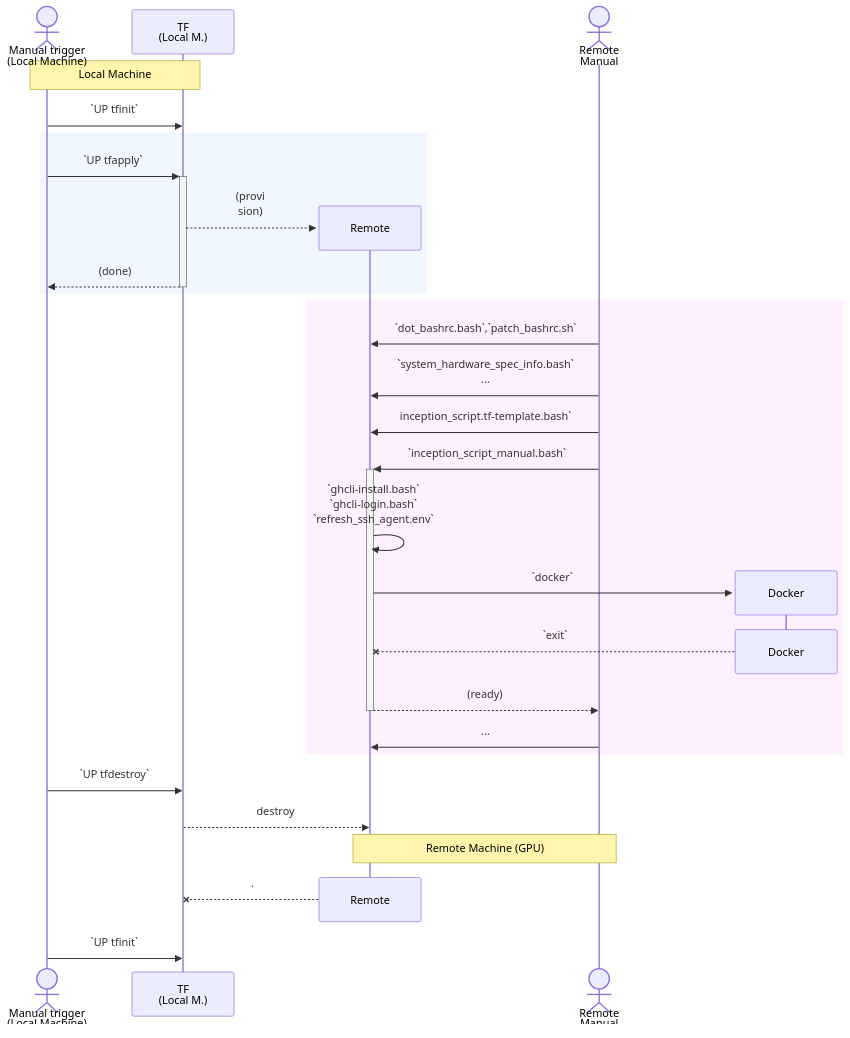
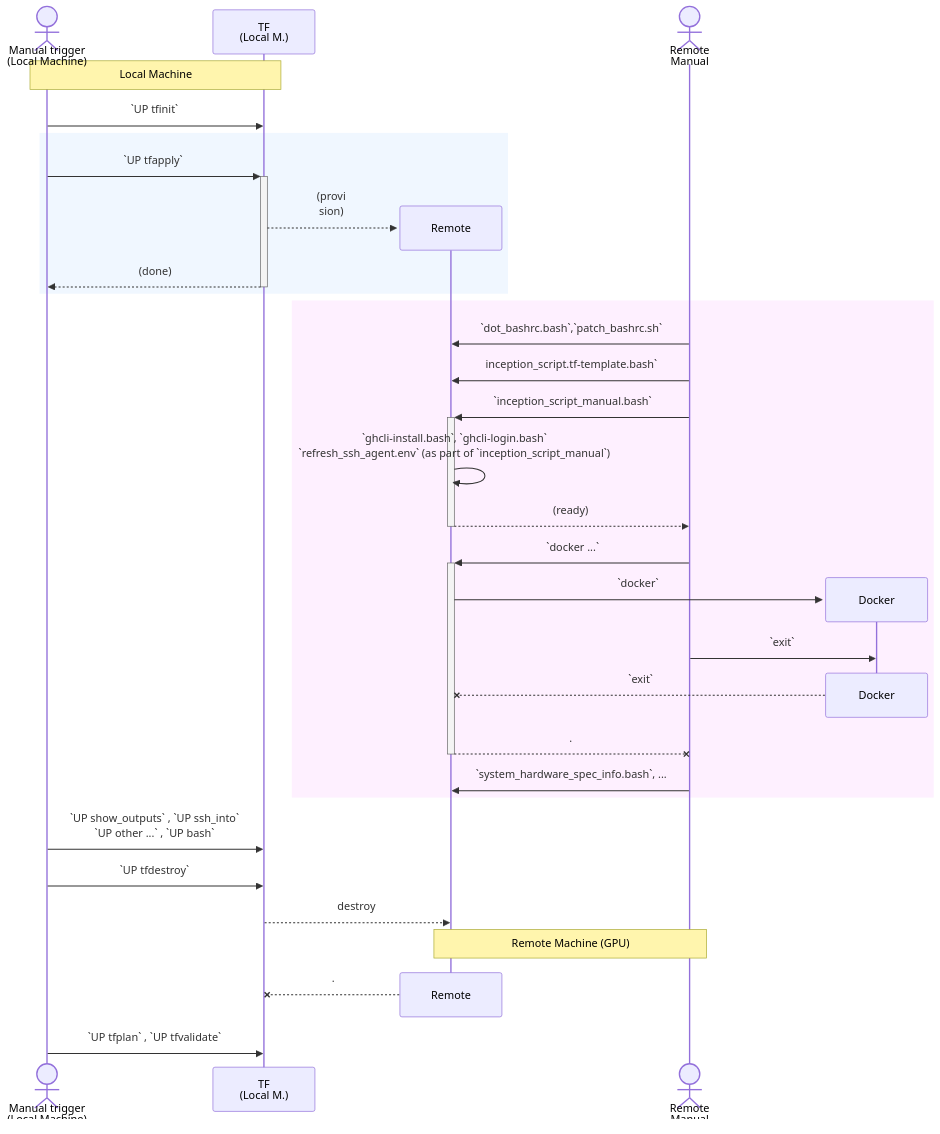
Before and after one commit to sohale/gpu-experimentations: the diagram in provisioning_scripts/terraform/readme.md, drawn with Mermaid.

Commit message:
perfecting further the wonderful sequence diagram

````diff
--- a/provisioning_scripts/terraform/readme.md
+++ b/provisioning_scripts/terraform/readme.md
@@ -2,5 +2,7 @@
 ```mermaid
 sequenceDiagram
+
+
     actor localuser as Manual trigger<br/> (Local Machine)
     participant localtf as TF<br/>(Local M.)
 
@@ -20,6 +22,8 @@
     %% startup (remote)
     end
 
+    %% autonumber
+
     rect rgb(254, 240, 255)
     %% "create" did not work
     %% participant remotedocker as Docker
@@ -28,31 +32,44 @@
 
 
     remotemanual->>remotemachine: `dot_bashrc.bash`,`patch_bashrc.sh`
+    %% the `refresh_ssh_agent.env` is applied as part of `dot_bashrc.bash`, but also 
+    %% remotemanual->>remotemachine: patch_bashrc.sh
     %% `patch_bashrc.sh` is not for this. But can be a good extra `.bashrc`. It shall run only once.
-    %% remotemanual->>remotemachine:patch_bashrc.sh
 
-    remotemanual->>remotemachine: `system_hardware_spec_info.bash`<br/>...
+    %% can be done later or earlier
+    %% remotemanual->>remotemachine: `system_hardware_spec_info.bash`<br/>...
+
 
     remotemanual->>remotemachine: inception_script.tf-template.bash`
     %% remotemachine-->-remotemanual: (done)
 
     remotemanual->>+remotemachine: `inception_script_manual.bash`
 
-    remotemachine->>remotemachine: `ghcli-install.bash`<br/>`ghcli-login.bash`<br/> `refresh_ssh_agent.env`
+    remotemachine->>remotemachine: `ghcli-install.bash`, `ghcli-login.bash` <br/> `refresh_ssh_agent.env` (as part of `inception_script_manual`)
+    %% the `refresh_ssh_agent.env` is applied also at `dot_bashrc.bash`
     %% remotemachine->>remotemachine: `ghcli-login.bash`
     %% remotemachine->>remotemachine: `refresh_ssh_agent.env`
+
+    remotemachine-->>-remotemanual: (ready)
+
+    remotemanual->>+remotemachine: `docker ...`
 
     create participant remotedocker as Docker
     remotemachine->>remotedocker: `docker`
 
+    remotemanual->>remotedocker: `exit`
+
     destroy remotedocker
     remotedocker--xremotemachine: `exit`
+    remotemachine--x-remotemanual: .
 
-    remotemachine-->>-remotemanual: (ready)
 
-    remotemanual->>remotemachine:...
+    remotemanual->>remotemachine: `system_hardware_spec_info.bash`, ...
 
     end
+
+    %% out of nowhere
+    localuser->>localtf: `UP show_outputs` , `UP ssh_into` <br/> `UP other ...` , `UP bash`
 
     localuser->>localtf: `UP tfdestroy`
     localtf-->>remotemachine: destroy
@@ -63,7 +80,7 @@
 
     destroy remotemachine
     remotemachine--xlocaltf: .
-    localuser->>localtf: `UP tfinit`
+    localuser->>localtf: `UP tfplan` , `UP tfvalidate`
 
 
 ```
````
